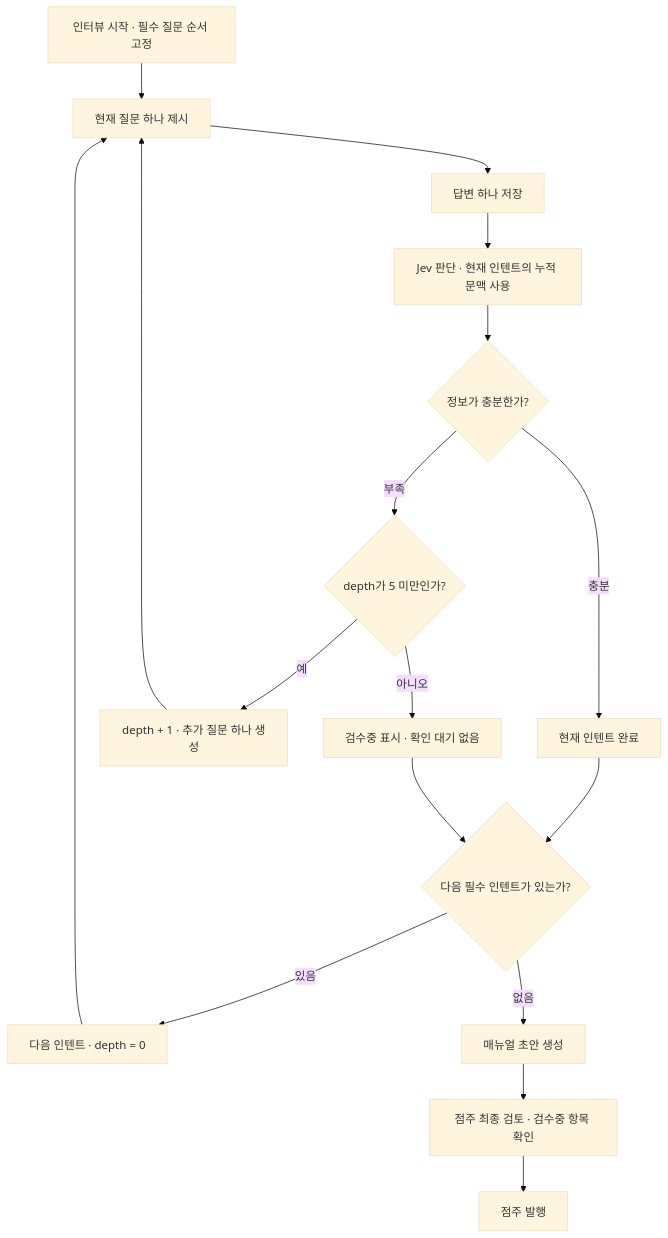
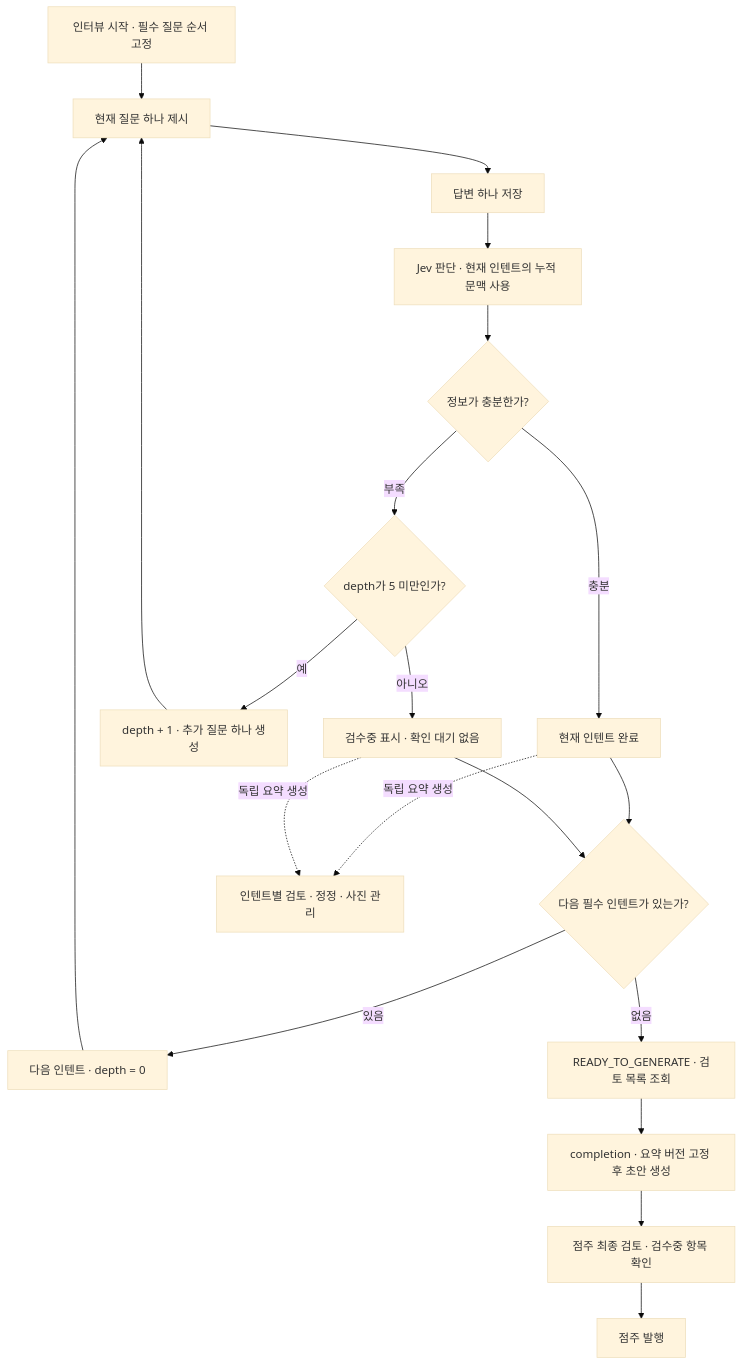
The diagram in back-end/docs/manual-interview-design.md (2026-KW-HACKATHON/29_Jidan), drawn with Mermaid (base theme) before and after one commit. The commit also changed other lines of this file and 8 other files, not shown here.

````diff
--- a/back-end/docs/manual-interview-design.md
+++ b/back-end/docs/manual-interview-design.md
@@ -13,19 +13,22 @@
 ```mermaid
 flowchart TD
     A[인터뷰 시작 · 필수 질문 순서 고정] --> B[현재 질문 하나 제시]
     B --> C[답변 하나 저장]
     C --> D[Jev 판단 · 현재 인텐트의 누적 문맥 사용]
     D --> E{정보가 충분한가?}
     E -->|충분| F[현재 인텐트 완료]
     E -->|부족| G{depth가 5 미만인가?}
     G -->|예| H[depth + 1 · 추가 질문 하나 생성]
     H --> B
     G -->|아니오| I[검수중 표시 · 확인 대기 없음]
     F --> J{다음 필수 인텐트가 있는가?}
     I --> J
     J -->|있음| K[다음 인텐트 · depth = 0]
     K --> B
-    J -->|없음| L[매뉴얼 초안 생성]
+    J -->|없음| R[READY_TO_GENERATE · 검토 목록 조회]
+    R --> L[completion · 요약 버전 고정 후 초안 생성]
+    F -. 독립 요약 생성 .-> V[인텐트별 검토 · 정정 · 사진 관리]
+    I -. 독립 요약 생성 .-> V
     L --> M[점주 최종 검토 · 검수중 항목 확인]
     M --> N[점주 발행]
 ```
````
